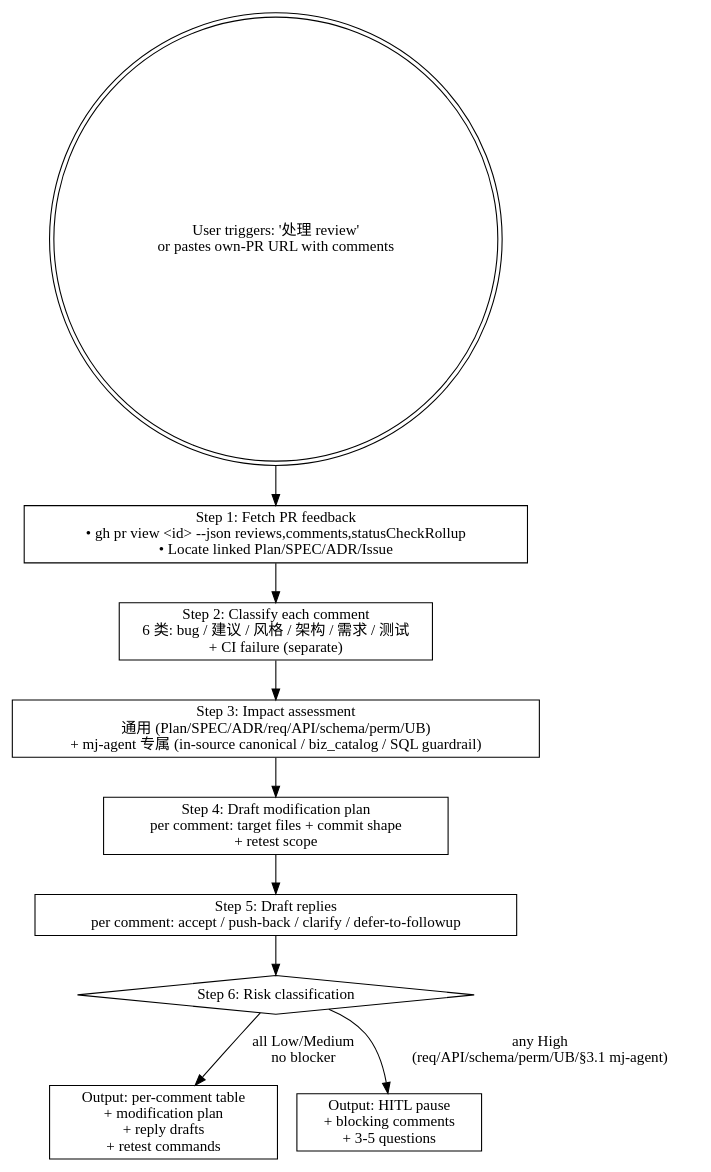
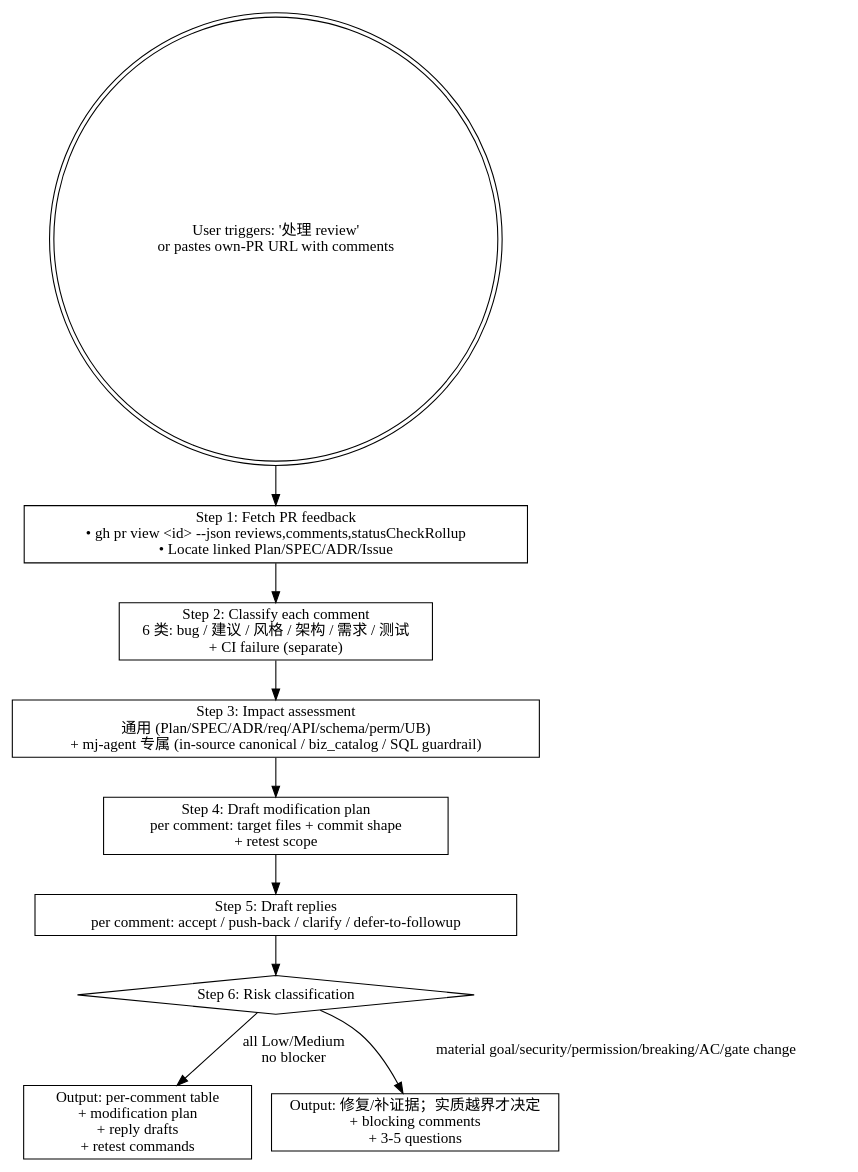
One commit to MJ-AgentLab/mj-agent changed the diagram in .agents/skills/mj-agent-flow-review-respond/SKILL.md. Above: the diagram before and after it, drawn with Graphviz. The commit also changed other lines of this file and 134 other files, not shown here.

````diff
--- a/.agents/skills/mj-agent-flow-review-respond/SKILL.md
+++ b/.agents/skills/mj-agent-flow-review-respond/SKILL.md
@@ -34,20 +35,20 @@
 ```dot
 digraph review_respond {
   rankdir=TB;
   start [label="User triggers: '处理 review'\nor pastes own-PR URL with comments" shape=doublecircle];
 
   s1 [label="Step 1: Fetch PR feedback\n• gh pr view <id> --json reviews,comments,statusCheckRollup\n• Locate linked Plan/SPEC/ADR/Issue" shape=box];
   s2 [label="Step 2: Classify each comment\n6 类: bug / 建议 / 风格 / 架构 / 需求 / 测试\n+ CI failure (separate)" shape=box];
   s3 [label="Step 3: Impact assessment\n通用 (Plan/SPEC/ADR/req/API/schema/perm/UB)\n+ mj-agent 专属 (in-source canonical / biz_catalog / SQL guardrail)" shape=box];
   s4 [label="Step 4: Draft modification plan\nper comment: target files + commit shape\n+ retest scope" shape=box];
   s5 [label="Step 5: Draft replies\nper comment: accept / push-back / clarify / defer-to-followup" shape=box];
   s6 [label="Step 6: Risk classification" shape=diamond];
 
   out_go [label="Output: per-comment table\n+ modification plan\n+ reply drafts\n+ retest commands" shape=box];
-  out_hitl [label="Output: HITL pause\n+ blocking comments\n+ 3-5 questions" shape=box];
+  out_hitl [label="Output: 修复/补证据；实质越界才决定\n+ blocking comments\n+ 3-5 questions" shape=box];
 
   start -> s1 -> s2 -> s3 -> s4 -> s5 -> s6;
   s6 -> out_go [label="all Low/Medium\nno blocker"];
-  s6 -> out_hitl [label="any High\n(req/API/schema/perm/UB/§3.1 mj-agent)"];
+  s6 -> out_hitl [label="material goal/security/permission/breaking/AC/gate change"];
 }
 ```
````
